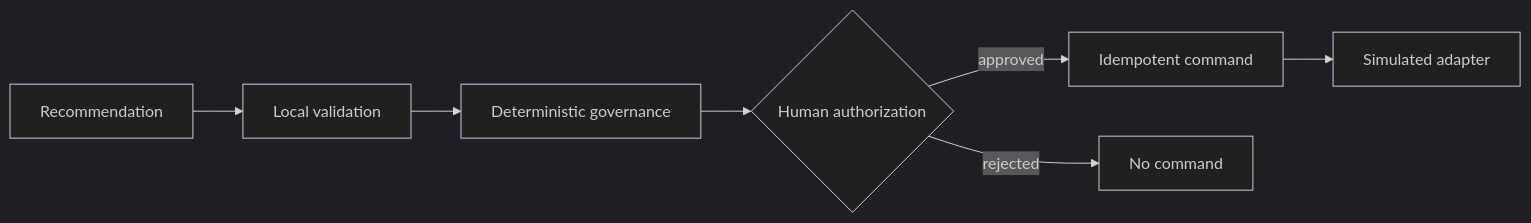
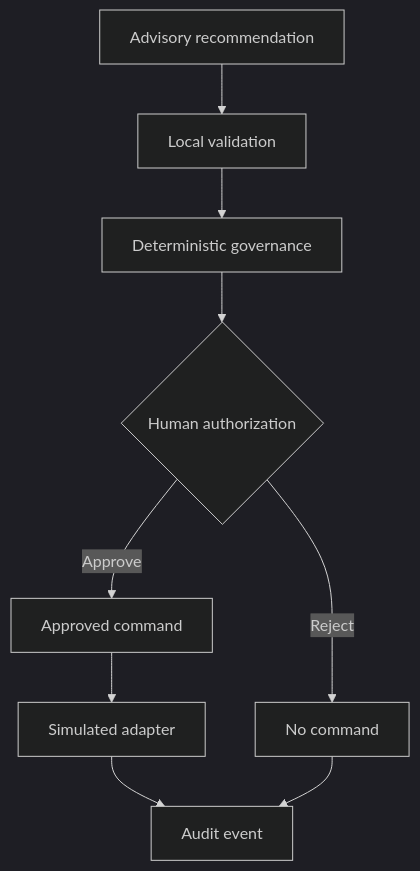
The first of 3 diagrams in docs/architecture/target-architecture.md (sa-rehman1/coldchain-sentinel), drawn with Mermaid (dark theme) before and after one commit. The commit also changed other lines of this file and 1 other file, not shown here.

Commit message:
docs: improve architecture readability

````diff
--- a/docs/architecture/target-architecture.md
+++ b/docs/architecture/target-architecture.md
@@ -14,9 +14,11 @@
 ```mermaid
-flowchart LR
-    R[Recommendation] --> V[Local validation]
+flowchart TD
+    R[Advisory recommendation] --> V[Local validation]
     V --> G[Deterministic governance]
     G --> H{Human authorization}
-    H -->|approved| C[Idempotent command]
-    H -->|rejected| N[No command]
+    H -->|Approve| C[Approved command]
+    H -->|Reject| N[No command]
     C --> A[Simulated adapter]
+    A --> E[Audit event]
+    N --> E
 ```
````
